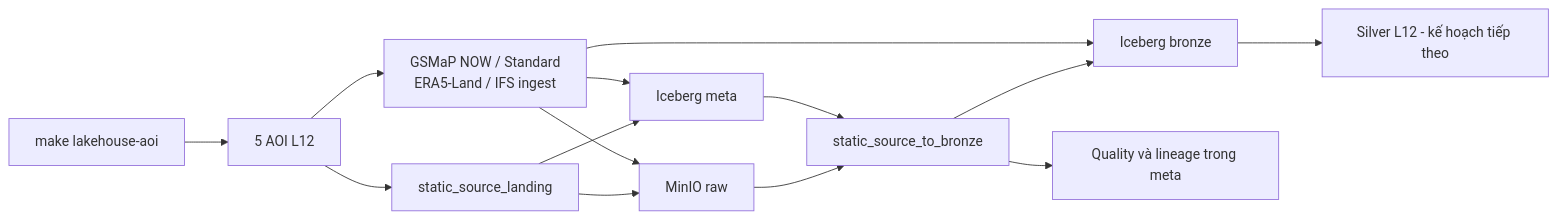
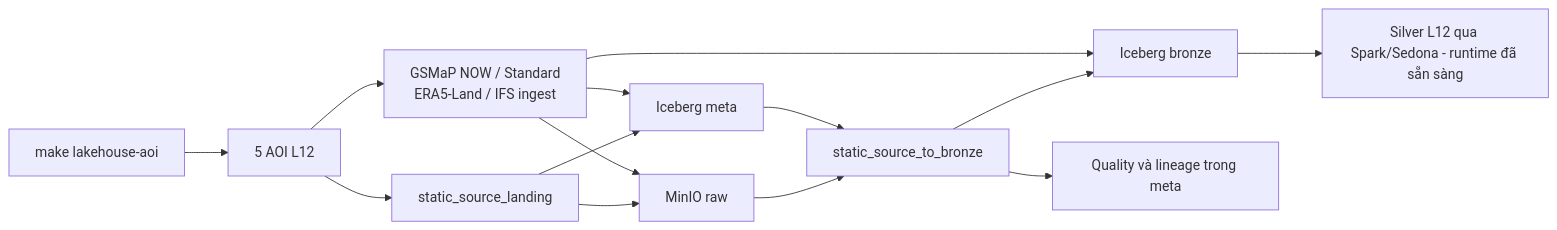
Before and after one commit to cloud-vmih/flood-lake-kg: the first of 2 diagrams in README.md, drawn with Mermaid. The commit also changed other lines of this file and 463 other files, not shown here.

````diff
--- a/README.md
+++ b/README.md
@@ -9,16 +9,16 @@
 ```mermaid
 flowchart LR
     A[make lakehouse-aoi] --> B[5 AOI L12]
     B --> C[static_source_landing]
     C --> D[MinIO raw]
     C --> E[Iceberg meta]
     D --> F[static_source_to_bronze]
     E --> F
     F --> G[Iceberg bronze]
     F --> H[Quality và lineage trong meta]
-    G --> I[Silver L12 - kế hoạch tiếp theo]
+    G --> I[Silver L12 qua Spark/Sedona - runtime đã sẵn sàng]
     B --> W[GSMaP NOW / Standard<br/>ERA5-Land / IFS ingest]
     W --> D
     W --> E
     W --> G
 ```
````
